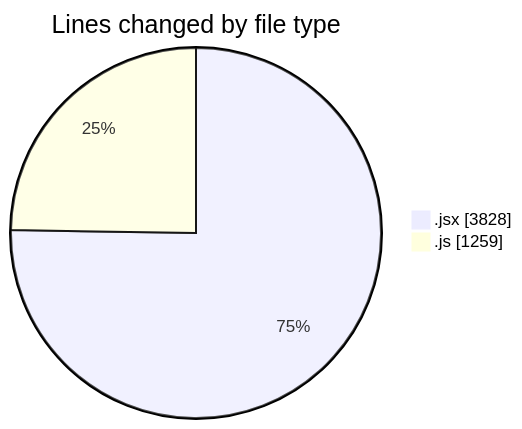
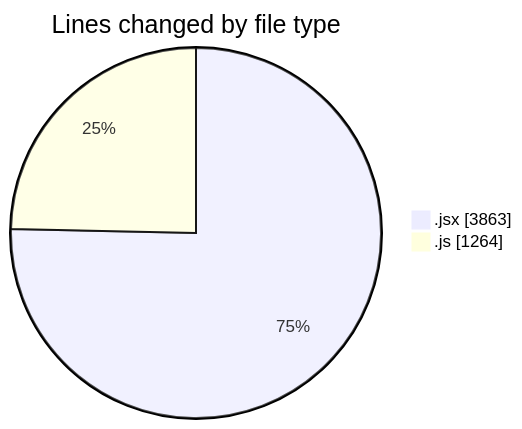
One commit to nxtqubesakshisongat/code-tracking changed the first of 2 diagrams in 2025-12-24/nxtqube_webapp/README.md. Above: the diagram before and after it, drawn with Mermaid. The commit also changed other lines of this file and 1 other file, not shown here.

````diff
--- a/2025-12-24/nxtqube_webapp/README.md
+++ b/2025-12-24/nxtqube_webapp/README.md
@@ -24,6 +24,6 @@
 ```mermaid
 pie showData
 title Lines changed by file type
-".jsx" : 3828
-".js" : 1259
+".jsx" : 3863
+".js" : 1264
 ```
````
